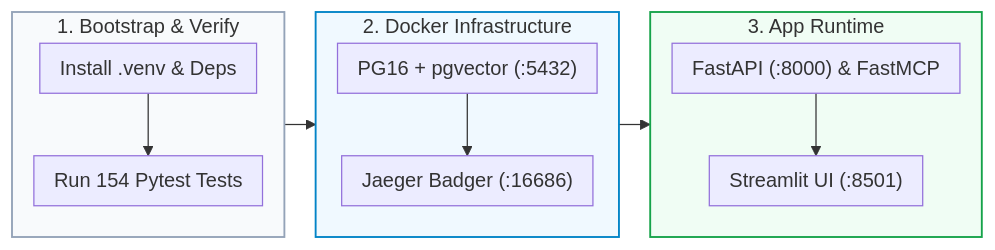
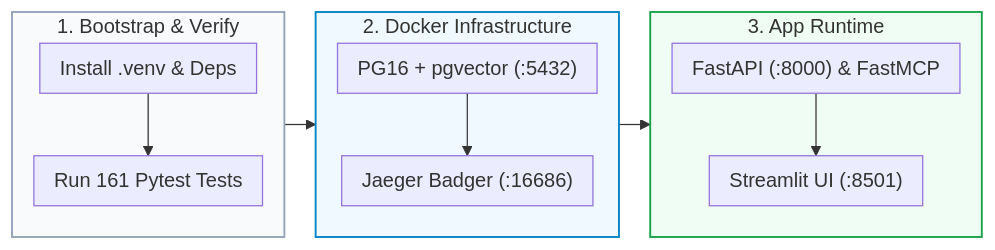
Before and after one commit to Kenono2000/enterprise-rag-pgvector-rbac: the third of 8 diagrams in README.md, drawn with Mermaid. The commit also changed other lines of this file and 6 other files, not shown here.

````diff
--- a/README.md
+++ b/README.md
@@ -73,20 +73,20 @@
 ```mermaid
 %%{init: {'flowchart': {'nodeSpacing': 15, 'rankSpacing': 25, 'padding': 8}}}%%
 flowchart LR
     subgraph DevBootstrap ["1. Bootstrap & Verify"]
         direction TB
-        Venv["Install .venv & Deps"] --> Pytest["Run 154 Pytest Tests"]
+        Venv["Install .venv & Deps"] --> Pytest["Run 161 Pytest Tests"]
     end
     subgraph Containers ["2. Docker Infrastructure"]
         direction TB
         PG16["PG16 + pgvector (:5432)"] --> Jaeger["Jaeger Badger (:16686)"]
     end
     subgraph Services ["3. App Runtime"]
         direction TB
         FastAPI["FastAPI (:8000) & FastMCP"] --> Streamlit["Streamlit UI (:8501)"]
     end
     DevBootstrap --> Containers --> Services
     style DevBootstrap fill:#f8fafc,stroke:#94a3b8,stroke-width:1.5px
     style Containers fill:#f0f9ff,stroke:#0284c7,stroke-width:1.5px
     style Services fill:#f0fdf4,stroke:#16a34a,stroke-width:1.5px
 ```
````
